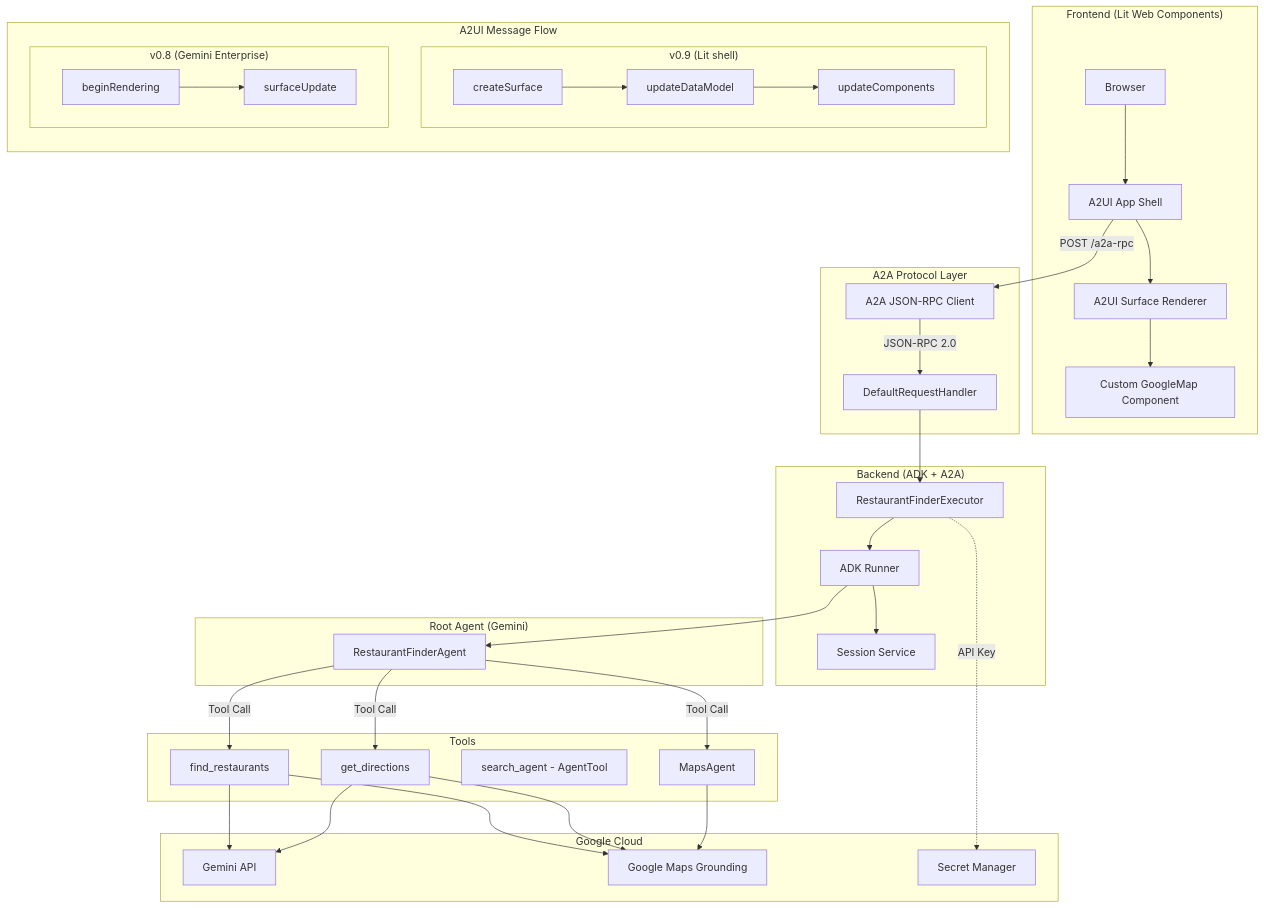
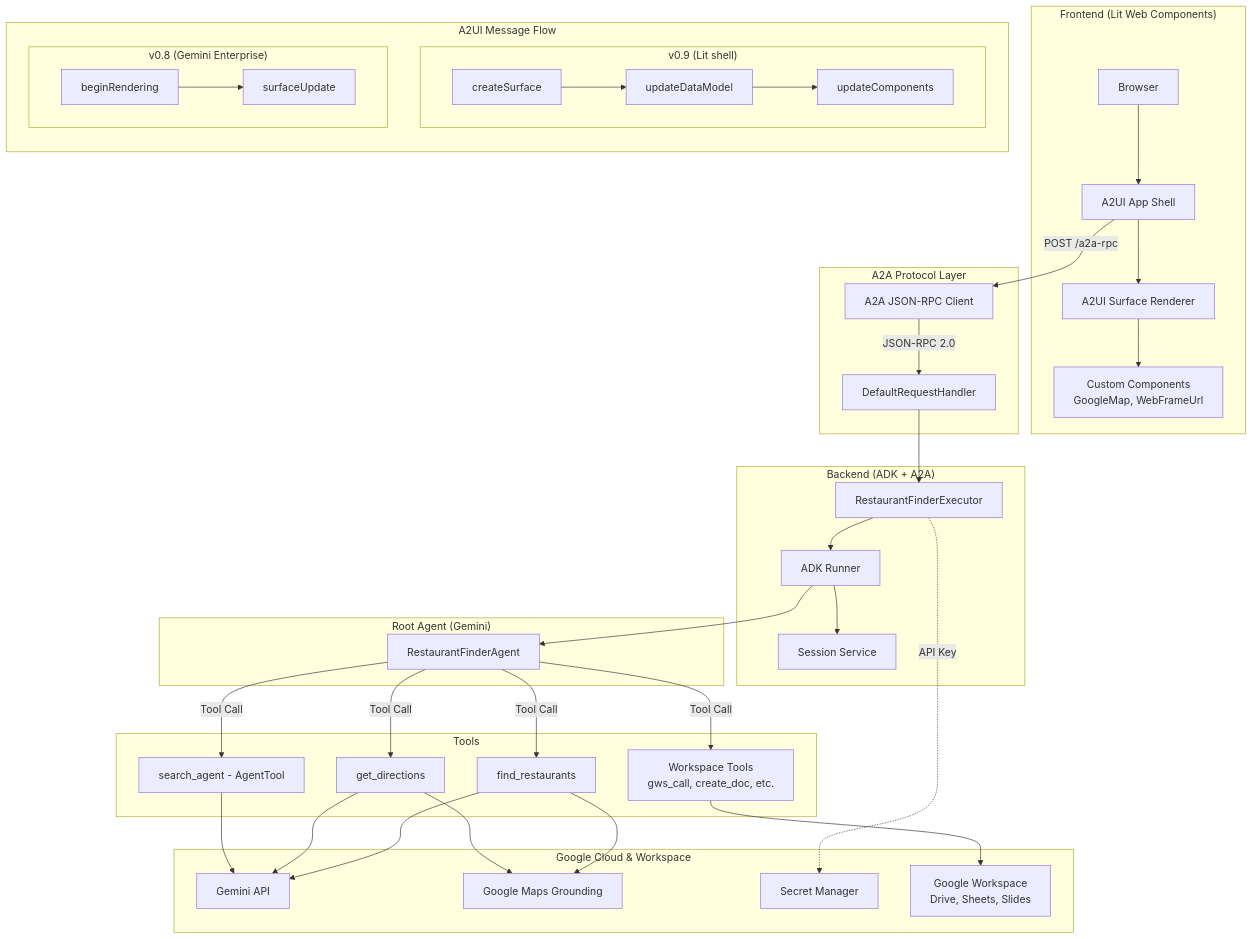
The second of 3 diagrams in docs/sdd.md (wadave/agent-a2ui-demo), drawn with Mermaid before and after one commit. The commit also changed other lines of this file and 2 other files, not shown here.

````diff
--- a/docs/sdd.md
+++ b/docs/sdd.md
@@ -53,67 +103,72 @@
 ```mermaid
 graph TB
     subgraph "Frontend (Lit Web Components)"
         Browser[Browser]
         AppShell[A2UI App Shell]
         Surface[A2UI Surface Renderer]
-        CustomComp[Custom GoogleMap Component]
+        CustomComp[Custom Components<br/>GoogleMap, WebFrameUrl]
         Browser --> AppShell
         AppShell --> Surface
         Surface --> CustomComp
     end
 
     subgraph "A2A Protocol Layer"
         Client[A2A JSON-RPC Client]
         Handler[DefaultRequestHandler]
         AppShell -->|"POST /a2a-rpc"| Client
         Client -->|"JSON-RPC 2.0"| Handler
     end
 
     subgraph "Backend (ADK + A2A)"
         Executor[RestaurantFinderExecutor]
         Runner[ADK Runner]
         Session[Session Service]
         Handler --> Executor
         Executor --> Runner
         Runner --> Session
     end
 
     subgraph "Root Agent (Gemini)"
         Agent[RestaurantFinderAgent]
         Runner --> Agent
     end
 
     subgraph "Tools"
         FindRest[find_restaurants]
         GetDir[get_directions]
         SearchAgent[search_agent - AgentTool]
+        WorkspaceTools[Workspace Tools<br/>gws_call, create_doc, etc.]
         Agent -->|"Tool Call"| FindRest
         Agent -->|"Tool Call"| GetDir
-        Agent -->|"Tool Call"| MapsAgent
+        Agent -->|"Tool Call"| SearchAgent
+        Agent -->|"Tool Call"| WorkspaceTools
     end
 
-    subgraph "Google Cloud"
+    subgraph "Google Cloud & Workspace"
         GeminiAPI[Gemini API]
         MapsGround[Google Maps Grounding]
         SecretMgr[Secret Manager]
+        GWS[Google Workspace<br/>Drive, Sheets, Slides]
+
         FindRest --> GeminiAPI
         FindRest --> MapsGround
         GetDir --> GeminiAPI
         GetDir --> MapsGround
-        MapsAgent --> MapsGround
+        SearchAgent --> GeminiAPI
+        WorkspaceTools --> GWS
         Executor -.->|"API Key"| SecretMgr
     end
 
     subgraph "A2UI Message Flow"
         direction TB
         subgraph V09["v0.9 (Lit shell)"]
             direction LR
             CS[createSurface] --> UDM[updateDataModel]
             UDM --> UC[updateComponents]
         end
         subgraph V08["v0.8 (Gemini Enterprise)"]
             direction LR
             BR[beginRendering] --> SU[surfaceUpdate]
         end
     end
 ```
````
